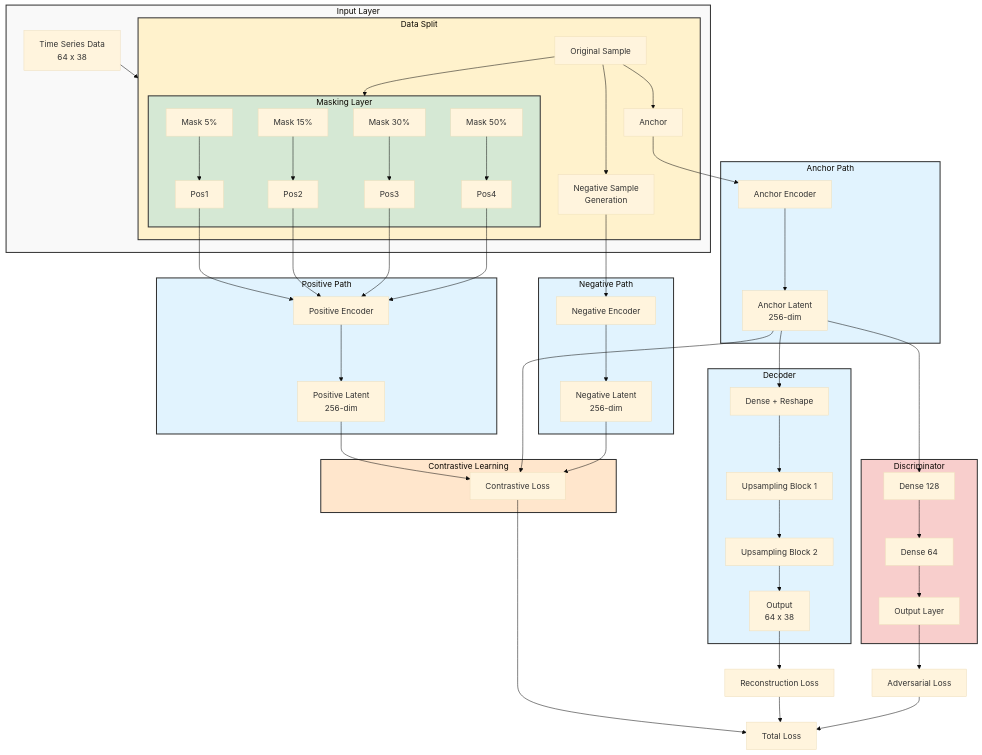
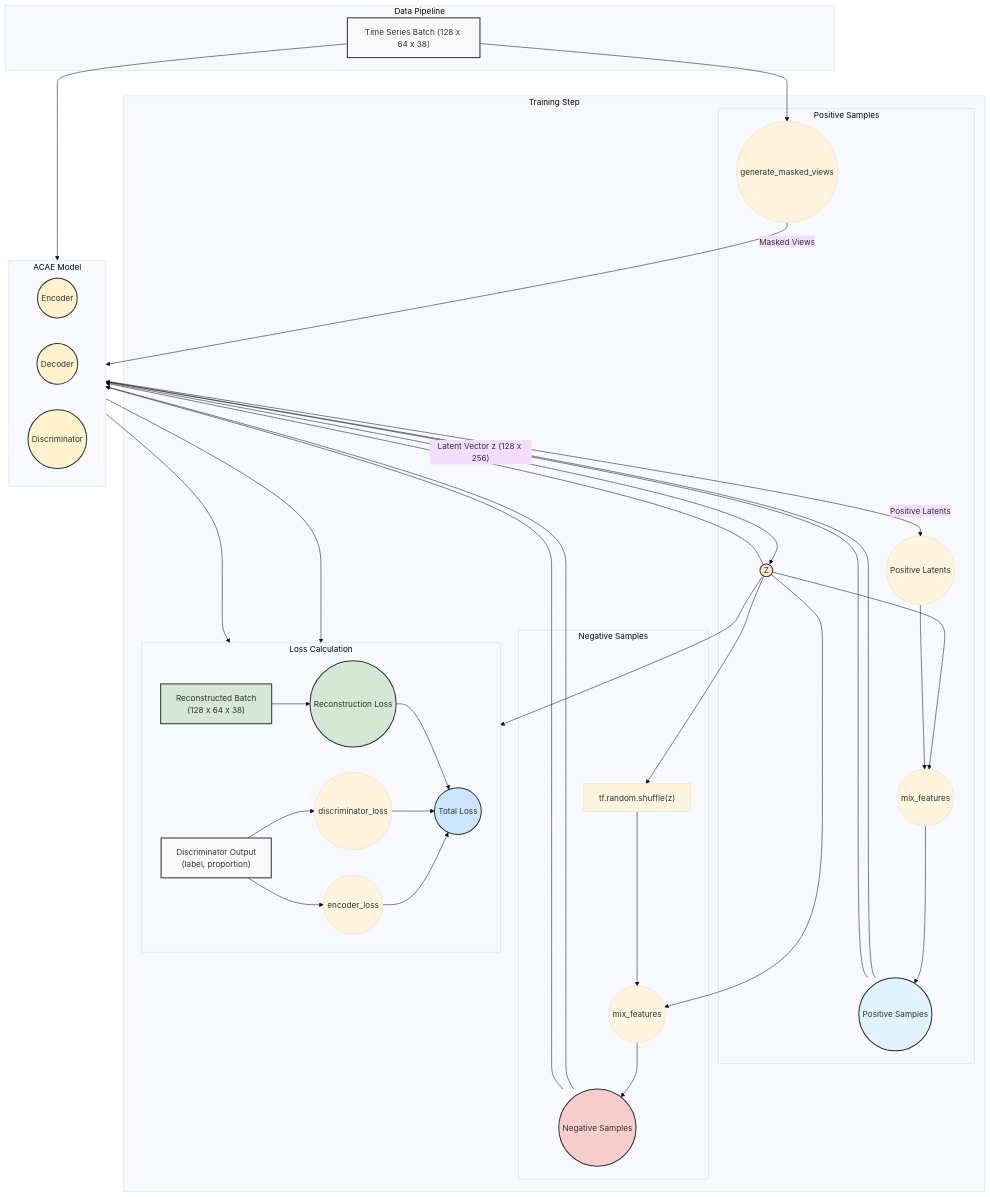
One commit to se-queda/acae changed the diagram in docs/model_architecture.md. Above: the diagram before and after it, drawn with Mermaid (base theme).

````diff
--- a/docs/model_architecture.md
+++ b/docs/model_architecture.md
@@ -3,67 +3,71 @@
 ```mermaid
 flowchart TD
-    subgraph Input["Input Layer"]
-        I[Time Series Data<br/>64 x 38] --> Split
-    end
-
-    subgraph Split["Data Split"]
-        S1[Original Sample] --> Masking
-        S1 --> Anchor
-        S1 --> NegGen[Negative Sample<br/>Generation]
-    end
-
-    subgraph Masking["Masking Layer"]
-        M1[Mask 5%] --> Pos1
-        M2[Mask 15%] --> Pos2
-        M3[Mask 30%] --> Pos3
-        M4[Mask 50%] --> Pos4
-    end
-
-    subgraph PosPath["Positive Path"]
-        Pos1 & Pos2 & Pos3 & Pos4 --> PE[Positive Encoder]
-        PE --> PL[Positive Latent<br/>256-dim]
-    end
-
-    subgraph AnchorPath["Anchor Path"]
-        Anchor --> AE[Anchor Encoder]
-        AE --> AL[Anchor Latent<br/>256-dim]
-    end
-
-    subgraph NegPath["Negative Path"]
-        NegGen --> NE[Negative Encoder]
-        NE --> NL[Negative Latent<br/>256-dim]
-    end
-
-    subgraph ContrastiveLearning["Contrastive Learning"]
-        PL & AL & NL --> CL[Contrastive Loss]
-    end
-
-    subgraph Decoder["Decoder"]
-        AL --> D1[Dense + Reshape]
-        D1 --> D2[Upsampling Block 1]
-        D2 --> D3[Upsampling Block 2]
-        D3 --> O[Output<br/>64 x 38]
-    end
-
-    subgraph Discriminator["Discriminator"]
-        AL --> DIS1[Dense 128]
-        DIS1 --> DIS2[Dense 64]
-        DIS2 --> DIS3[Output Layer]
-    end
-
-    O --> RecLoss[Reconstruction Loss]
-    DIS3 --> AdvLoss[Adversarial Loss]
-    CL --> TotalLoss[Total Loss]
-    RecLoss --> TotalLoss
-    AdvLoss --> TotalLoss
+ subgraph subGraph0["Data Pipeline"]
+        Input["Time Series Batch (128 x 64 x 38)"]
+  end
+ subgraph subGraph1["ACAE Model"]
+    direction LR
+        Encoder(("Encoder"))
+        Decoder(("Decoder"))
+        Discriminator(("Discriminator"))
+  end
+ subgraph subGraph2["Positive Samples"]
+        GMV(("generate_masked_views"))
+        PosLatents(("Positive Latents"))
+        MF1(("mix_features"))
+        LatentZ(("Z"))
+        PosSamples(("Positive Samples"))
+  end
+ subgraph subGraph3["Negative Samples"]
+        Shuffle["tf.random.shuffle(z)"]
+        MF2(("mix_features"))
+        NegSamples(("Negative Samples"))
+  end
+ subgraph subGraph4["Loss Calculation"]
+    direction LR
+        DiscOut["Discriminator Output<br>(label, proportion)"]
+        DL(("discriminator_loss"))
+        EL(("encoder_loss"))
+        ReconLoss(("Reconstruction Loss"))
+        Reconstructed["Reconstructed Batch<br>(128 x 64 x 38)"]
+        TL(("Total Loss"))
+  end
+ subgraph subGraph5["Training Step"]
+        subGraph2
+        subGraph3
+        subGraph4
+  end
+    Input --> Encoder & GMV
+    Encoder -- Latent Vector z (128 x 256) --> LatentZ
+    GMV -- Masked Views --> Encoder
+    Encoder -- Positive Latents --> PosLatents
+    LatentZ --> MF1 & Shuffle & MF2 & EL & Decoder
+    PosLatents --> MF1
+    MF1 --> PosSamples
+    Shuffle --> MF2
+    MF2 --> NegSamples
+    PosSamples --> Discriminator & Discriminator
+    NegSamples --> Discriminator & Discriminator
+    Discriminator --> DiscOut
+    DiscOut --> DL & EL
+    Decoder --> Reconstructed
+    Reconstructed --> ReconLoss
+    ReconLoss --> TL
+    DL --> TL
+    EL --> TL
 
     style Input fill:#f9f9f9,stroke:#333,stroke-width:2px
-    style Split fill:#fff2cc,stroke:#333,stroke-width:2px
-    style Masking fill:#d5e8d4,stroke:#333,stroke-width:2px
-    style PosPath fill:#e1f3fe,stroke:#333,stroke-width:2px
-    style AnchorPath fill:#e1f3fe,stroke:#333,stroke-width:2px
-    style NegPath fill:#e1f3fe,stroke:#333,stroke-width:2px
-    style ContrastiveLearning fill:#ffe6cc,stroke:#333,stroke-width:2px
-    style Decoder fill:#e1f3fe,stroke:#333,stroke-width:2px
-    style Discriminator fill:#f8cecc,stroke:#333,stroke-width:2px
+    style Encoder fill:#fff2cc,stroke:#333,stroke-width:2px
+    style Decoder fill:#fff2cc,stroke:#333,stroke-width:2px
+    style Discriminator fill:#fff2cc,stroke:#333,stroke-width:2px
+    style LatentZ fill:#ffe6cc,stroke:#333,stroke-width:2px
+    style PosSamples fill:#e1f3fe,stroke:#333,stroke-width:2px
+    style NegSamples fill:#f8cecc,stroke:#333,stroke-width:2px
+    style DiscOut fill:#f9f9f9,stroke:#333,stroke-width:2px
+    style ReconLoss fill:#d4e8d4,stroke:#333,stroke-width:2px
+    style Reconstructed fill:#d4e8d4,stroke:#333,stroke-width:2px
+    style TL fill:#cce6ff,stroke:#333,stroke-width:2px
+
+
+
 ```
````
